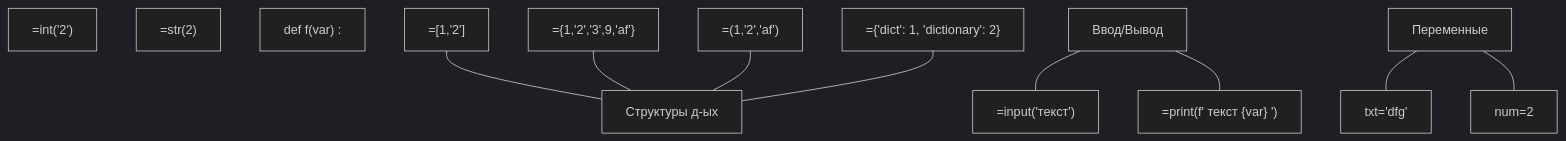
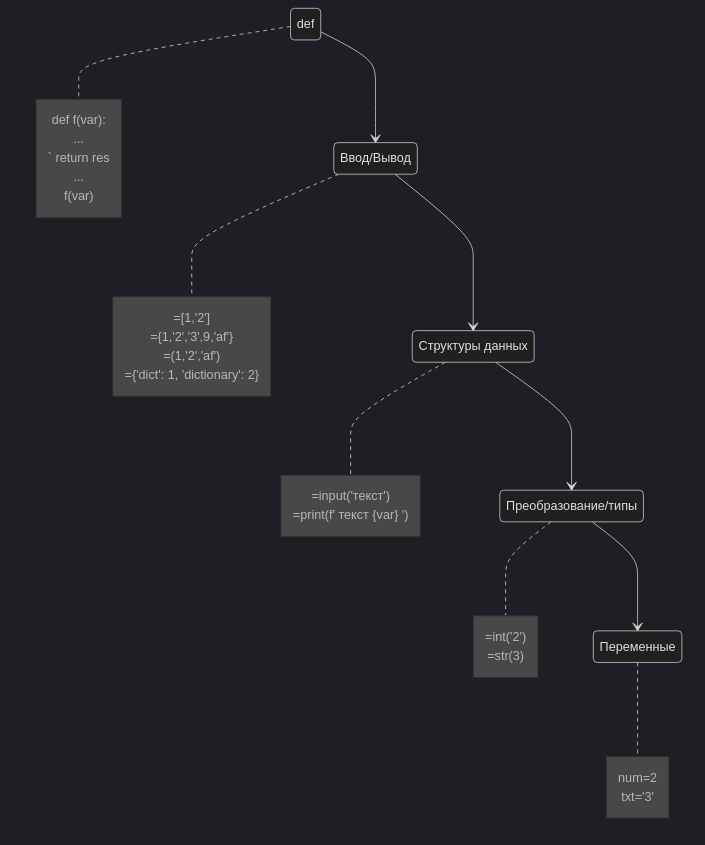
One commit to lictpu/help changed the diagram in mermaid classes.md. Above: the diagram before and after it, drawn with Mermaid (dark theme).

Commit message:
Update mermaid classes.md

````diff
--- a/mermaid classes.md
+++ b/mermaid classes.md
@@ -1,19 +1,42 @@
 ```mermaid
-flowchart TD
+stateDiagram-v2
+def: def
+t1: Ввод/Вывод
+t2: Структуры данных
+t3: Преобразование/типы
+t4: Переменные
+def-->t1
+t1-->t2
+t2-->t3
+t3-->t4
 
-a["=input('текст')"]
-b["=print(f' текст {var} ')"]
-c["txt='dfg'"]
-d["num=2"]
-e["=int('2')"]
-f["=str(2)"]
-g["def f(var) : "]
-aa["=[1,'2']"]
-bb["={1,'2','3',9,'af'}"]
-cc["=(1,'2','af')"]
-dd["={'dict': 1, 'dictionary': 2}"]
-aa & bb & cc & dd --- t1[Структуры д-ых]
-t2[Ввод/Вывод]---a & b
-t3[Переменные]---c & d
+note right of t1
+    =[1,'2']
+    ={1,'2','3',9,'af'}
+    =(1,'2','af')
+    ={'dict': 1, 'dictionary': 2}
+end note    
 
+note right of def
+    def f(var):
+    ...
+    `  return res
+    ...
+    f(var)
+end note
+
+note right of t2
+   =input('текст')
+   =print(f' текст {var} ')
+end note
+
+note right of t3
+    =int('2')
+    =str(3)
+end note 
+
+note right of t4
+    num=2
+    txt='3'
+end note    
 ```
````
